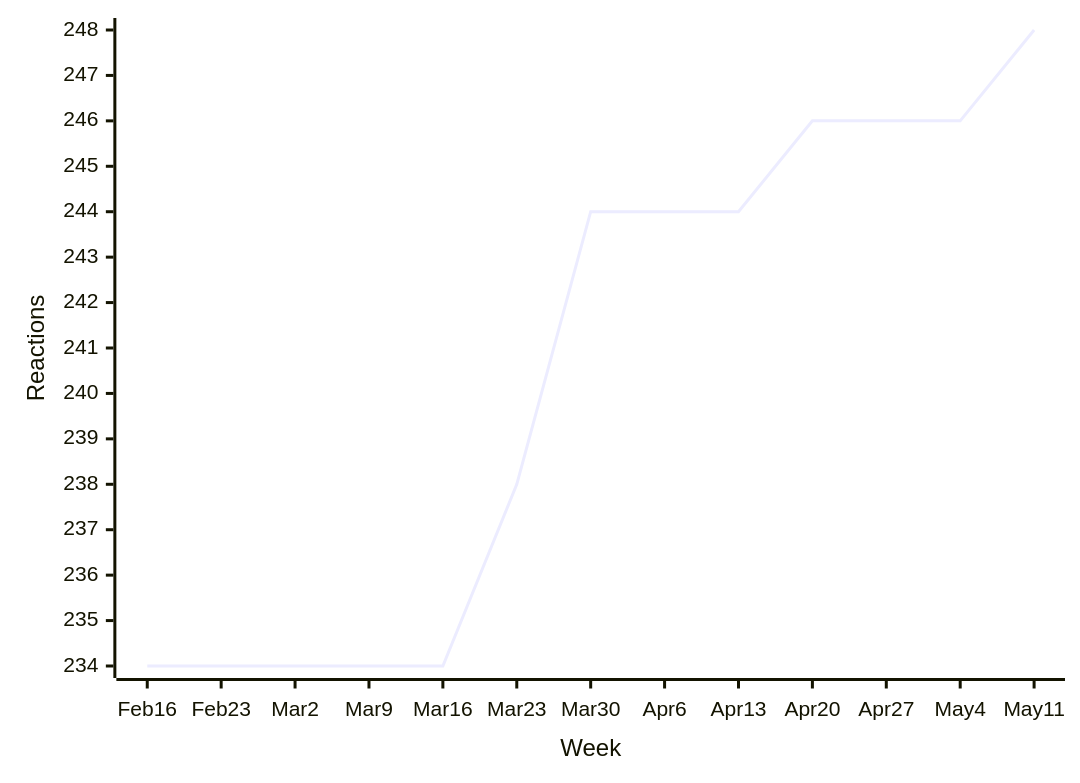
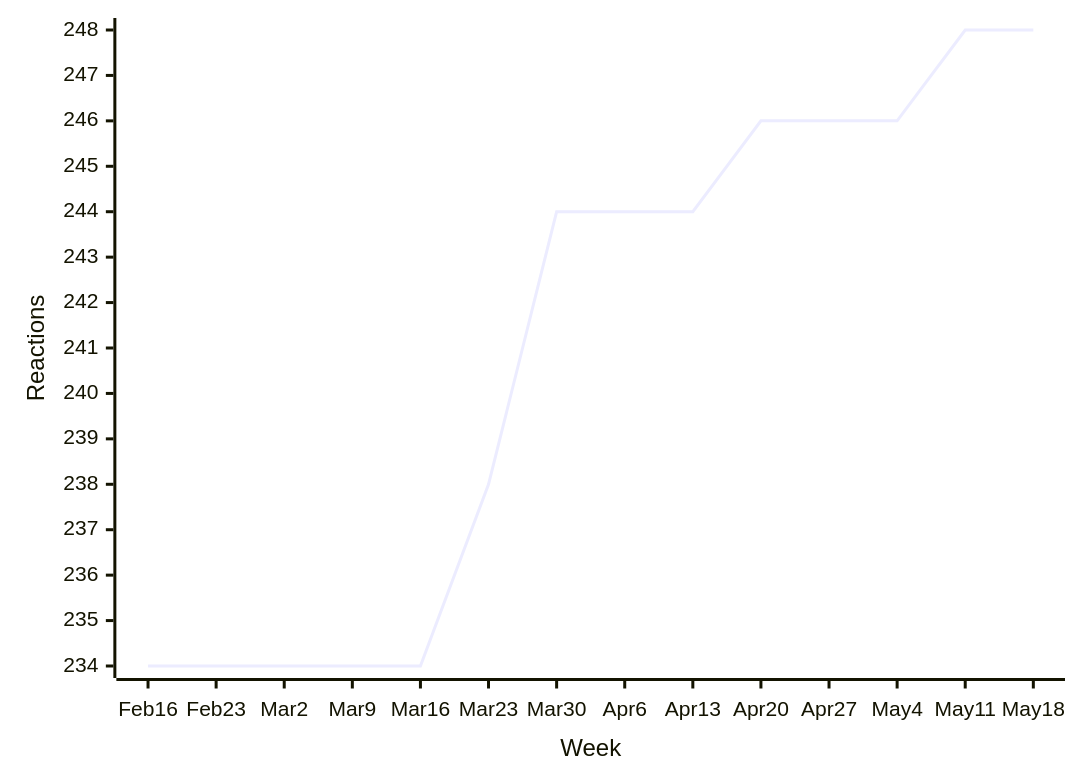
One commit to loic-sharma/github-insights changed diagram 12 of 49 in README.md. Above: the diagram before and after it, drawn with Mermaid. The commit also changed other lines of this file and 3 other files, not shown here.

````diff
--- a/README.md
+++ b/README.md
@@ -526,6 +526,6 @@
   ```mermaid
   xychart-beta
-    x-axis "Week" [Feb 16, Feb 23, Mar 2, Mar 9, Mar 16, Mar 23, Mar 30, Apr 6, Apr 13, Apr 20, Apr 27, May 4, May 11]
+    x-axis "Week" [Feb 16, Feb 23, Mar 2, Mar 9, Mar 16, Mar 23, Mar 30, Apr 6, Apr 13, Apr 20, Apr 27, May 4, May 11, May 18]
     y-axis "Reactions"
-    line [234, 234, 234, 234, 234, 238, 244, 244, 244, 246, 246, 246, 248]
+    line [234, 234, 234, 234, 234, 238, 244, 244, 244, 246, 246, 246, 248, 248]
   ```
````
